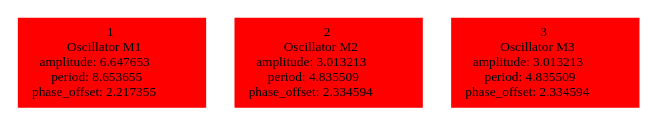
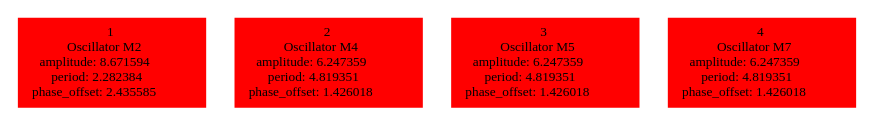
One commit to karinemiras/l-system changed the diagram in experiments/locomotion1/offspringpop3/tempbrain.dot. Above: the diagram before and after it, drawn with Graphviz. The commit also changed 83 other files, not shown here.

```diff
--- a/experiments/locomotion1/offspringpop3/tempbrain.dot
+++ b/experiments/locomotion1/offspringpop3/tempbrain.dot
@@ -1,5 +1,6 @@
  digraph g{ forcelabels=true;
-1 [label=<1<BR />Oscillator M1<BR /> amplitude: 6.647653<BR /> period: 8.653655<BR /> phase_offset: 2.217355>, shape=box,color=red,style=filled,fontsize=8];
-2 [label=<2<BR />Oscillator M2<BR /> amplitude: 3.013213<BR /> period: 4.835509<BR /> phase_offset: 2.334594>, shape=box,color=red,style=filled,fontsize=8];
-3 [label=<3<BR />Oscillator M3<BR /> amplitude: 3.013213<BR /> period: 4.835509<BR /> phase_offset: 2.334594>, shape=box,color=red,style=filled,fontsize=8];
+1 [label=<1<BR />Oscillator M2<BR /> amplitude: 8.671594<BR /> period: 2.282384<BR /> phase_offset: 2.435585>, shape=box,color=red,style=filled,fontsize=8];
+2 [label=<2<BR />Oscillator M4<BR /> amplitude: 6.247359<BR /> period: 4.819351<BR /> phase_offset: 1.426018>, shape=box,color=red,style=filled,fontsize=8];
+3 [label=<3<BR />Oscillator M5<BR /> amplitude: 6.247359<BR /> period: 4.819351<BR /> phase_offset: 1.426018>, shape=box,color=red,style=filled,fontsize=8];
+4 [label=<4<BR />Oscillator M7<BR /> amplitude: 6.247359<BR /> period: 4.819351<BR /> phase_offset: 1.426018>, shape=box,color=red,style=filled,fontsize=8];
  }
```
